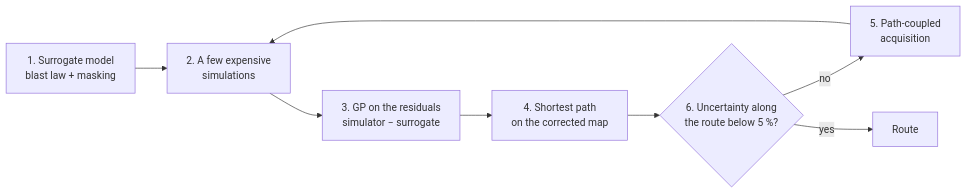
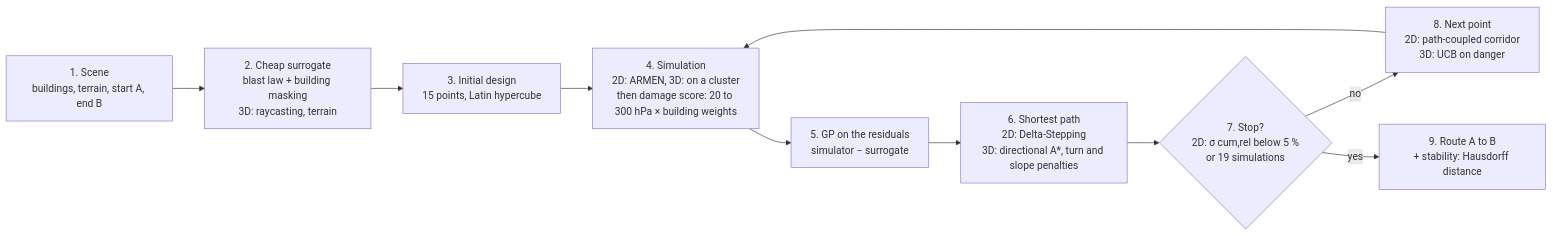
Before and after one commit to fleurinejaegler/Optimal-Routing-under-Blast-Exposure-Constraints: the diagram in README.md, drawn with Mermaid.

Commit message:
Revise flowchart for method explanation in README
Updated flowchart in README to reflect new method steps and details.

````diff
--- a/README.md
+++ b/README.md
@@ -13,10 +13,12 @@
 ```mermaid
 flowchart LR
-  S[1. Surrogate model<br/>blast law + masking] --> X[2. A few expensive<br/>simulations]
-  X --> G[3. GP on the residuals<br/>simulator − surrogate]
-  G --> R[4. Shortest path<br/>on the corrected map]
-  R --> Q{6. Uncertainty along<br/>the route below 5 %?}
-  Q -- no --> A[5. Path-coupled<br/>acquisition]
+  S[1. Scene<br/>buildings, terrain, start A, end B] --> K[2. Cheap surrogate<br/>blast law + building masking<br/>3D: raycasting, terrain]
+  K --> I[3. Initial design<br/>15 points, Latin hypercube]
+  I --> X[4. Simulation<br/>2D: ARMEN, 3D: on a cluster<br/>then damage score: 20 to 300 hPa × building weights]
+  X --> G[5. GP on the residuals<br/>simulator − surrogate]
+  G --> R[6. Shortest path<br/>2D: Delta-Stepping<br/>3D: directional A*, turn and slope penalties]
+  R --> Q{7. Stop?<br/>2D: σ cum,rel below 5 %<br/>or 19 simulations}
+  Q -- no --> A[8. Next point<br/>2D: path-coupled corridor<br/>3D: UCB on danger]
   A --> X
-  Q -- yes --> D[Route]
+  Q -- yes --> D[9. Route A to B<br/>+ stability: Hausdorff distance]
 ```
````
